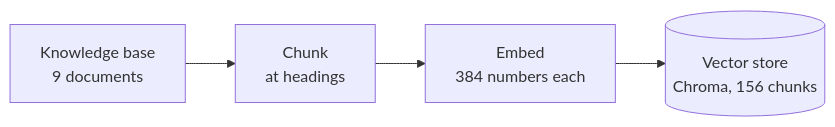
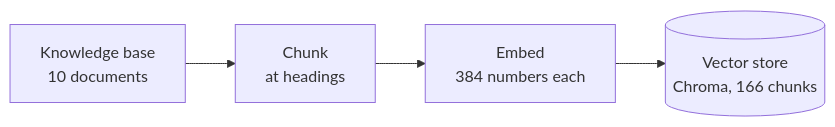
The third of 4 diagrams in ARCHITECTURE.md (jcsmei/Claude_Demo), drawn with Mermaid before and after one commit. The commit also changed other lines of this file and 8 other files, not shown here.

````diff
--- a/ARCHITECTURE.md
+++ b/ARCHITECTURE.md
@@ -250,6 +250,6 @@
 ```mermaid
 flowchart LR
-    docs[Knowledge base<br/>9 documents] --> chunk[Chunk<br/>at headings]
+    docs[Knowledge base<br/>10 documents] --> chunk[Chunk<br/>at headings]
     chunk --> embed[Embed<br/>384 numbers each]
-    embed --> store[(Vector store<br/>Chroma, 156 chunks)]
+    embed --> store[(Vector store<br/>Chroma, 166 chunks)]
 ```
````
